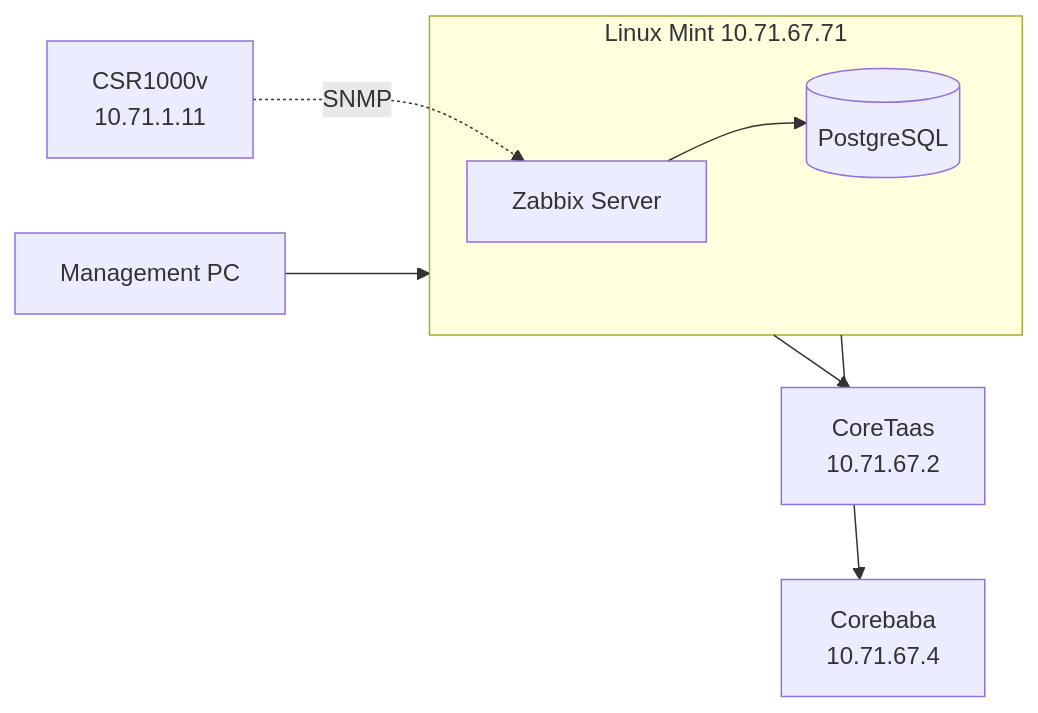
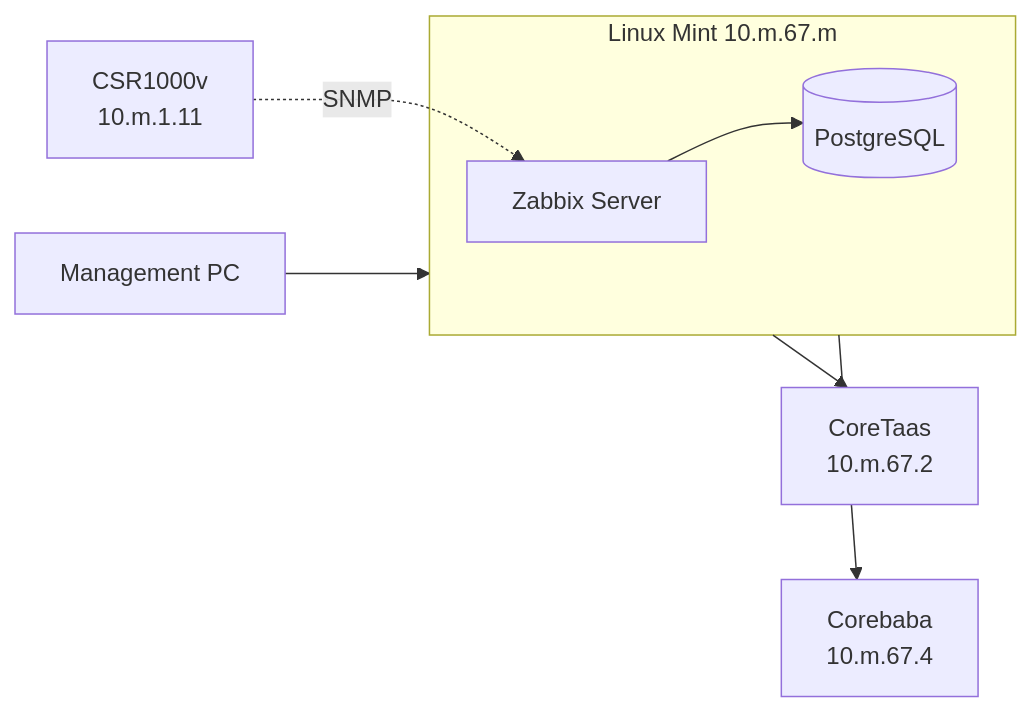
Before and after one commit to navinskyy/linux-zabbix-core-switches-setup: the diagram in README.md, drawn with Mermaid. The commit also changed other lines of this file, not shown here.

````diff
--- a/README.md
+++ b/README.md
@@ -31,10 +31,10 @@
 ```mermaid
 flowchart LR
     PC[Management PC] --> LM
-    subgraph LM["Linux Mint 10.71.67.71"]
+    subgraph LM["Linux Mint 10.m.67.m"]
         Z[Zabbix Server] --> DB[(PostgreSQL)]
     end
-    LM --> CT["CoreTaas<br/>10.71.67.2"]
-    LM --> CB["Corebaba<br/>10.71.67.4"]
-    CSR["CSR1000v<br/>10.71.1.11"] -. SNMP .-> Z
+    LM --> CT["CoreTaas<br/>10.m.67.2"]
+    LM --> CB["Corebaba<br/>10.m.67.4"]
+    CSR["CSR1000v<br/>10.m.1.11"] -. SNMP .-> Z
 ```
````
